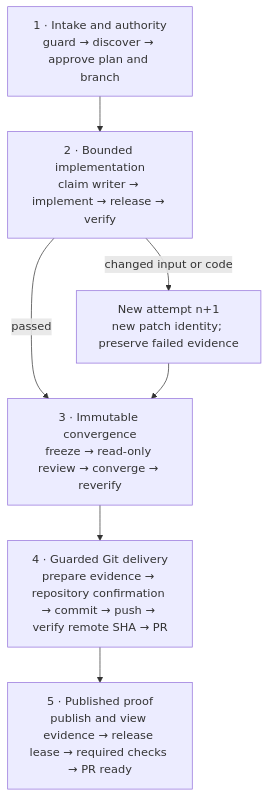
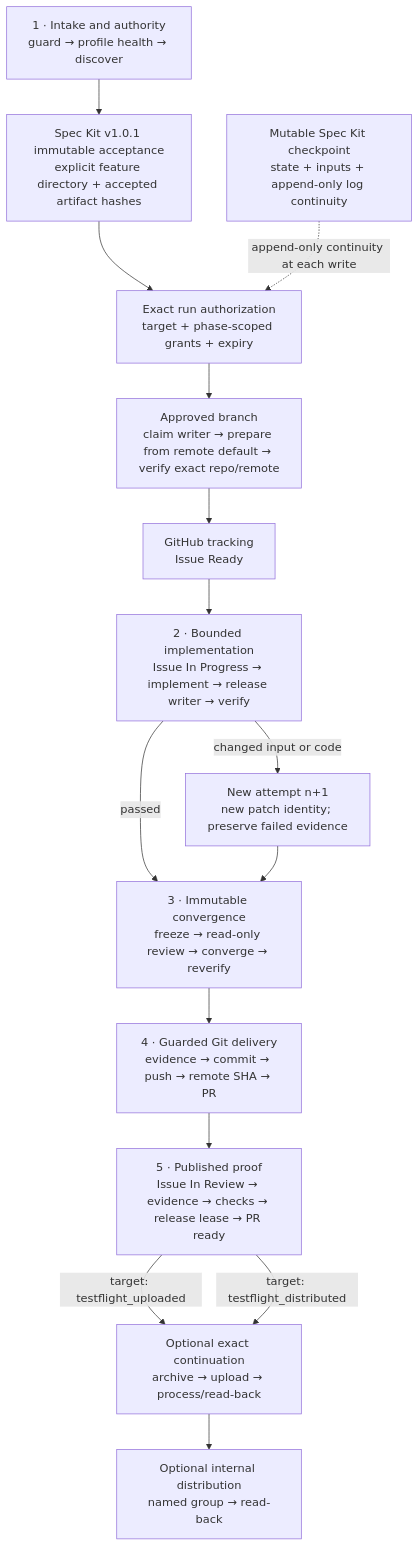
The second of 3 diagrams in README.md (ShawnBaek/ai-workflow-apple-platform-engineer), drawn with Mermaid before and after one commit. The commit also changed other lines of this file and 46 other files, not shown here.

First line of the commit message:
feat(harness): add bounded unattended Apple delivery (#7)

````diff
--- a/README.md
+++ b/README.md
@@ -90,15 +101,25 @@
 ```mermaid
 flowchart TB
-    P1["1 · Intake and authority<br/>guard → discover → approve plan and branch"]
-    P2["2 · Bounded implementation<br/>claim writer → implement → release → verify"]
+    P1["1 · Intake and authority<br/>guard → profile health → discover"]
+    SK["Spec Kit v1.0.1 immutable acceptance<br/>explicit feature directory + accepted artifact hashes"]
+    SC["Mutable Spec Kit checkpoint<br/>state + inputs + append-only log continuity"]
+    AU["Exact run authorization<br/>target + phase-scoped grants + expiry"]
+    BR["Approved branch<br/>claim writer → prepare from remote default → verify exact repo/remote"]
+    GI["GitHub tracking<br/>Issue Ready"]
+    P2["2 · Bounded implementation<br/>Issue In Progress → implement → release writer → verify"]
     N["New attempt n+1<br/>new patch identity; preserve failed evidence"]
     P3["3 · Immutable convergence<br/>freeze → read-only review → converge → reverify"]
-    P4["4 · Guarded Git delivery<br/>prepare evidence → repository confirmation → commit → push → verify remote SHA → PR"]
-    P5["5 · Published proof<br/>publish and view evidence → release lease → required checks → PR ready"]
+    P4["4 · Guarded Git delivery<br/>evidence → commit → push → remote SHA → PR"]
+    P5["5 · Published proof<br/>Issue In Review → evidence → checks → release lease → PR ready"]
+    TU["Optional exact continuation<br/>archive → upload → process/read-back"]
+    TD["Optional internal distribution<br/>named group → read-back"]
 
-    P1 --> P2
+    P1 --> SK --> AU --> BR --> GI --> P2
+    SC -. append-only continuity at each write .-> AU
     P2 -->|passed| P3
     P2 -->|changed input or code| N
     N --> P3
     P3 --> P4 --> P5
+    P5 -->|target: testflight_uploaded| TU
+    P5 -->|target: testflight_distributed| TU --> TD
 ```
````
